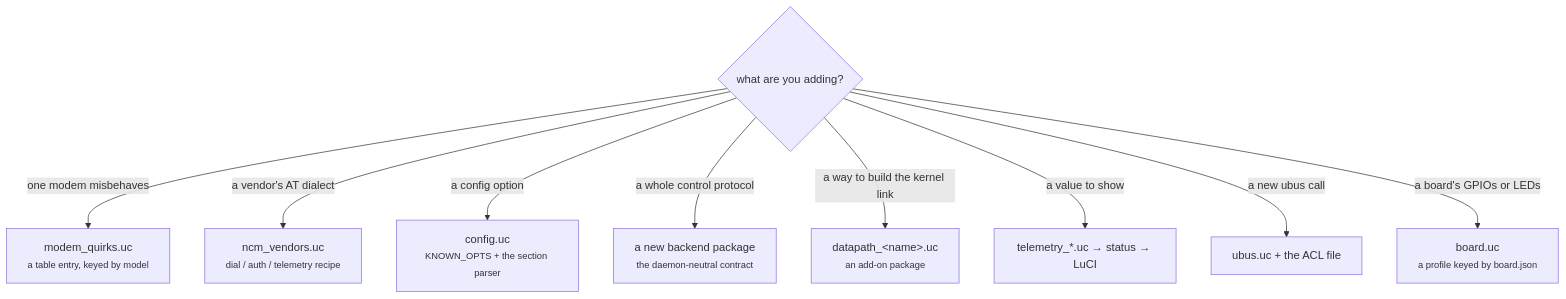
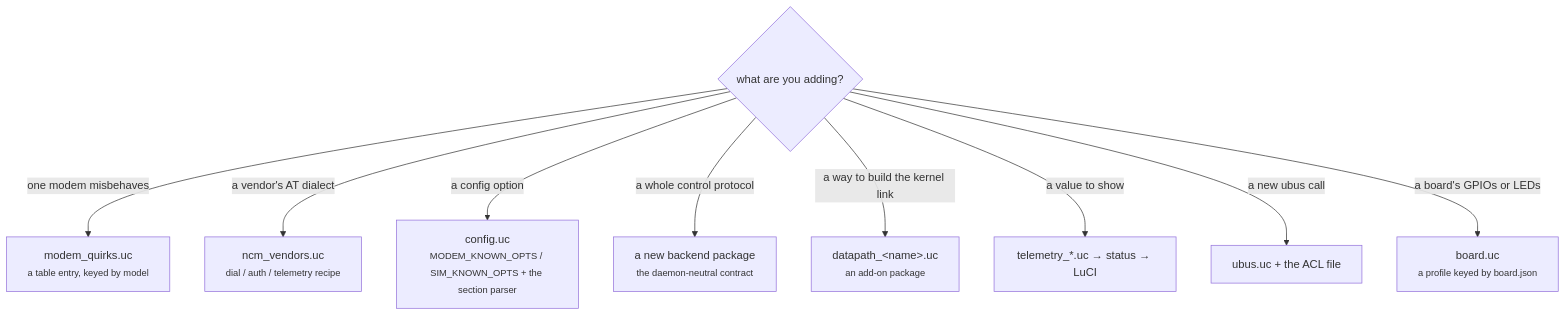
The diagram in docs/extending.md (ddimension/wwand), drawn with Mermaid before and after one commit. The commit also changed other lines of this file and 26 other files, not shown here.

````diff
--- a/docs/extending.md
+++ b/docs/extending.md
@@ -28,12 +28,12 @@
 ```mermaid
 flowchart TD
   Q{"what are you adding?"}
   Q -->|"one modem misbehaves"| A["modem_quirks.uc<br/><small>a table entry, keyed by model</small>"]
   Q -->|"a vendor's AT dialect"| B["ncm_vendors.uc<br/><small>dial / auth / telemetry recipe</small>"]
-  Q -->|"a config option"| C["config.uc<br/><small>KNOWN_OPTS + the section parser</small>"]
+  Q -->|"a config option"| C["config.uc<br/><small>MODEM_KNOWN_OPTS / SIM_KNOWN_OPTS + the section parser</small>"]
   Q -->|"a whole control protocol"| D["a new backend package<br/><small>the daemon-neutral contract</small>"]
   Q -->|"a way to build the kernel link"| E["datapath_&lt;name&gt;.uc<br/><small>an add-on package</small>"]
   Q -->|"a value to show"| F["telemetry_*.uc → status → LuCI"]
   Q -->|"a new ubus call"| G["ubus.uc + the ACL file"]
   Q -->|"a board's GPIOs or LEDs"| H["board.uc<br/><small>a profile keyed by board.json</small>"]
 ```
````
